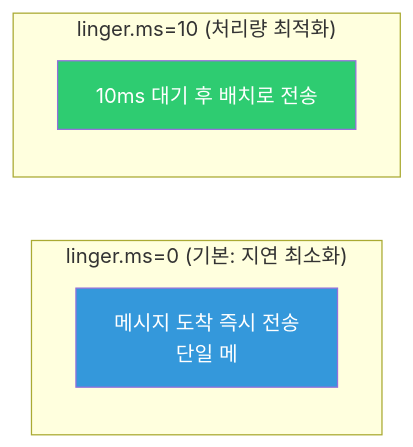
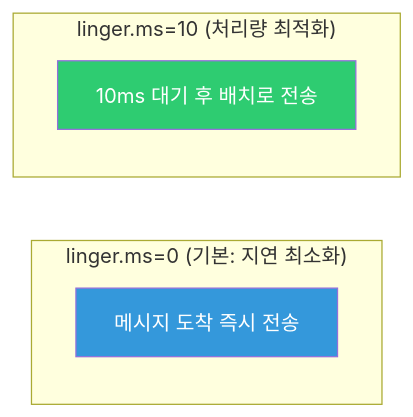
Before and after one commit to yjkim2015/yjkim2015.github.io: the second of 4 diagrams in _posts/kafka/2026-05-01-kafka-producer-deep.md, drawn with Mermaid. The commit also changed other lines of this file and 217 other files, not shown here.

First line of the commit message:
Mermaid 크기 수정: useMaxWidth:true + SVG max-width:100% + 라벨 축소

````diff
--- a/_posts/kafka/2026-05-01-kafka-producer-deep.md
+++ b/_posts/kafka/2026-05-01-kafka-producer-deep.md
@@ -82,11 +82,11 @@
 ```mermaid
 graph LR
     subgraph "linger.ms=0 (기본: 지연 최소화)"
-        L0["메시지 도착 즉시 전송\n단일 메"]
+        L0["메시지 도착 즉시 전송"]
     end
     subgraph "linger.ms=10 (처리량 최적화)"
-        L10["10ms 대기 후 배치로 전송\n"]
+        L10["10ms 대기 후 배치로 전송"]
     end
     style L0 fill:#3498db,color:#fff
     style L10 fill:#2ecc71,color:#fff
 ```
````
